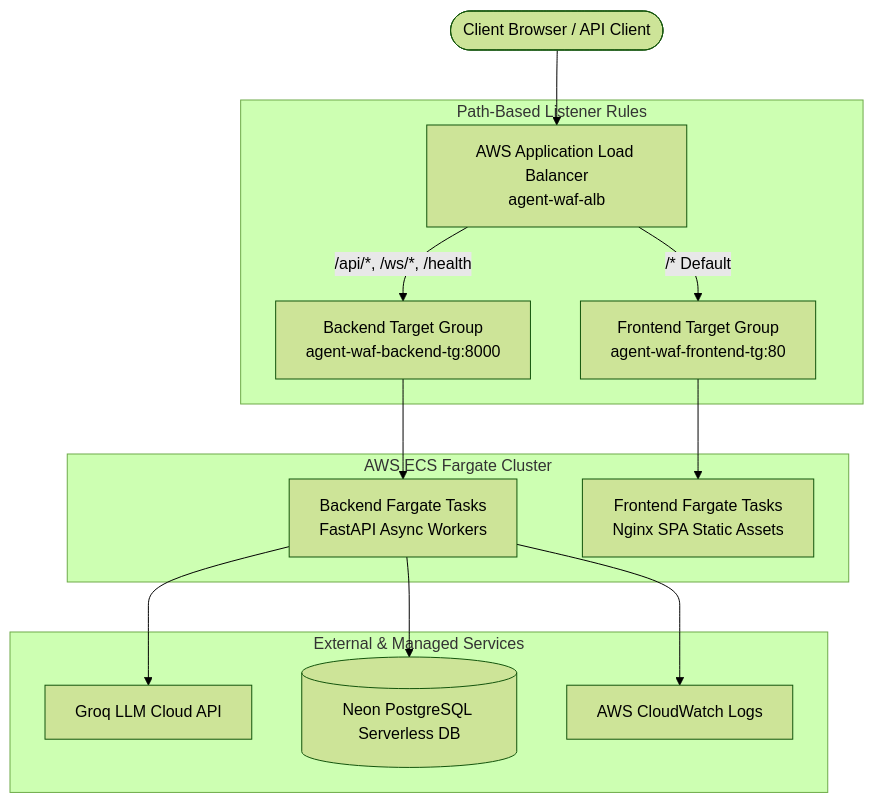
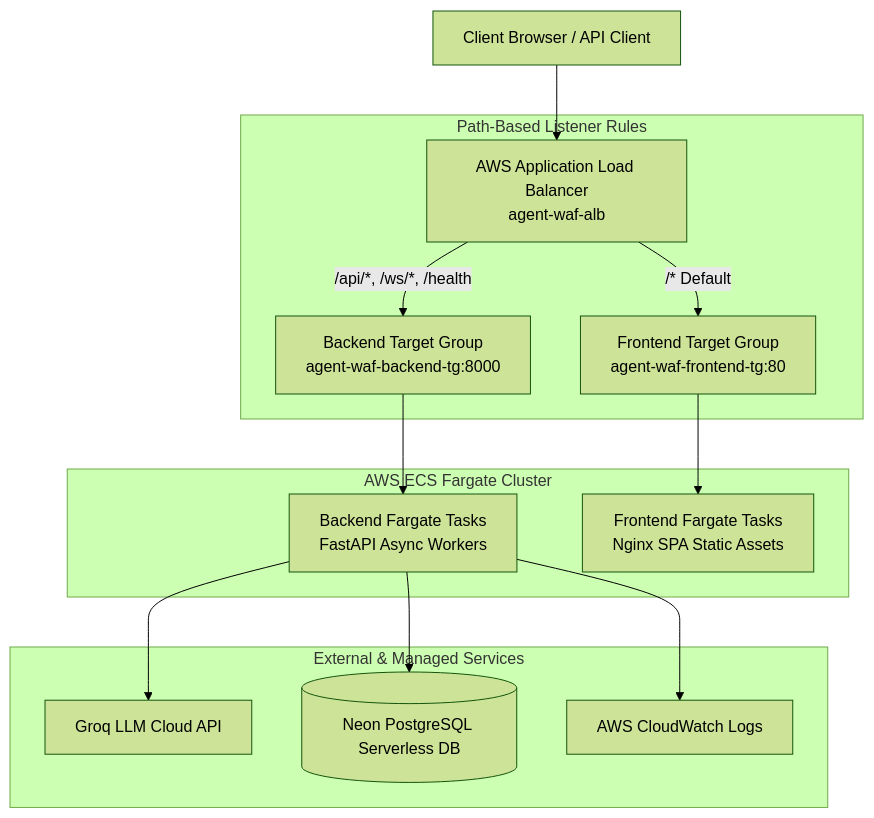
Before and after one commit to anirudh-pedro/AgentWAF: the fourth of 4 diagrams in README.md, drawn with Mermaid (forest theme). The commit also changed other lines of this file, not shown here.

Commit message:
fix: quote node labels in Mermaid diagrams to prevent GitHub syntax parse errors

````diff
--- a/README.md
+++ b/README.md
@@ -339,20 +339,20 @@
 ```mermaid
 flowchart TD
-    Client([Client Browser / API Client]) --> ALB[AWS Application Load Balancer<br/>agent-waf-alb]
+    Client["Client Browser / API Client"] --> ALB["AWS Application Load Balancer<br/>agent-waf-alb"]
     
     subgraph Path-Based Listener Rules
-        ALB -->|/api/*, /ws/*, /health| BackendTG[Backend Target Group<br/>agent-waf-backend-tg:8000]
-        ALB -->|/* Default| FrontendTG[Frontend Target Group<br/>agent-waf-frontend-tg:80]
+        ALB -->|/api/*, /ws/*, /health| BackendTG["Backend Target Group<br/>agent-waf-backend-tg:8000"]
+        ALB -->|/* Default| FrontendTG["Frontend Target Group<br/>agent-waf-frontend-tg:80"]
     end
 
     subgraph AWS ECS Fargate Cluster
-        BackendTG --> BackendTasks[Backend Fargate Tasks<br/>FastAPI Async Workers]
-        FrontendTG --> FrontendTasks[Frontend Fargate Tasks<br/>Nginx SPA Static Assets]
+        BackendTG --> BackendTasks["Backend Fargate Tasks<br/>FastAPI Async Workers"]
+        FrontendTG --> FrontendTasks["Frontend Fargate Tasks<br/>Nginx SPA Static Assets"]
     end
 
     subgraph External & Managed Services
-        BackendTasks --> GroqAPI[Groq LLM Cloud API]
-        BackendTasks --> NeonDB[(Neon PostgreSQL Serverless DB)]
-        BackendTasks --> CloudWatch[AWS CloudWatch Logs]
+        BackendTasks --> GroqAPI["Groq LLM Cloud API"]
+        BackendTasks --> NeonDB[("Neon PostgreSQL Serverless DB")]
+        BackendTasks --> CloudWatch["AWS CloudWatch Logs"]
     end
 ```
````
